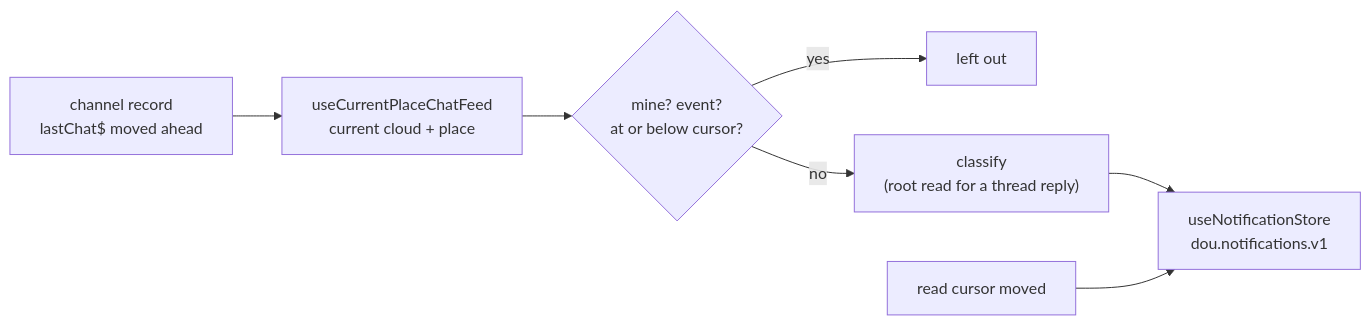
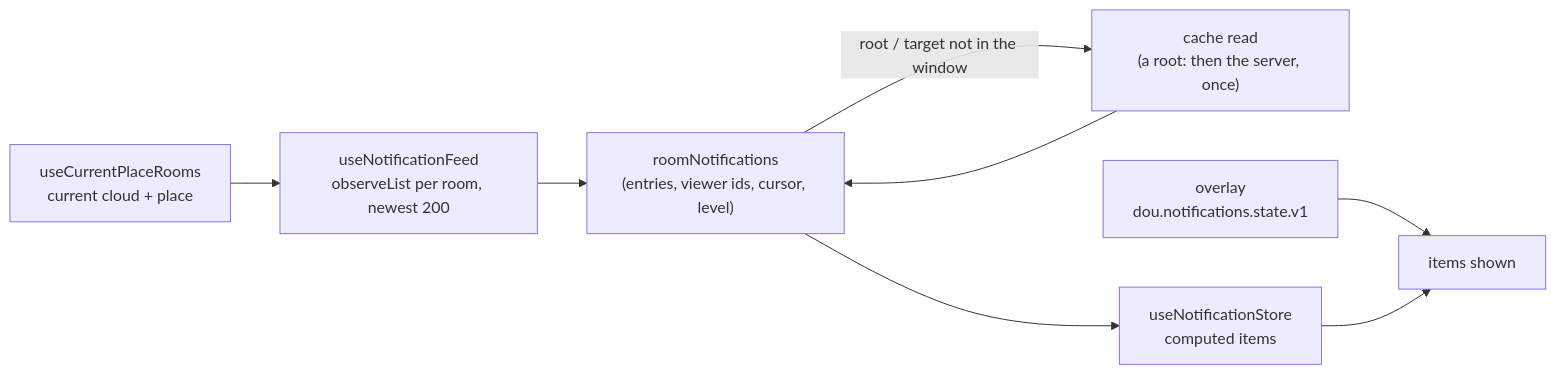
Before and after one commit to lemoncloud-io/dou-app: the diagram in apps/web/docs/feature/notifications/README.md, drawn with Mermaid. The commit also changed other lines of this file and 31 other files, not shown here.

````diff
--- a/apps/web/docs/feature/notifications/README.md
+++ b/apps/web/docs/feature/notifications/README.md
@@ -66,9 +68,10 @@
 ```mermaid
 flowchart LR
-    Rec["channel record<br/>lastChat$ moved ahead"] --> Feed["useCurrentPlaceChatFeed<br/>current cloud + place"]
-    Feed --> Guards{"mine? event?<br/>at or below cursor?"}
-    Guards -- yes --> Drop["left out"]
-    Guards -- no --> Kind["classify<br/>(root read for a thread reply)"]
-    Kind --> Store["useNotificationStore<br/>dou.notifications.v1"]
-    Cursor["read cursor moved"] --> Store
+    Rooms["useCurrentPlaceRooms<br/>current cloud + place"] --> Feed["useNotificationFeed<br/>observeList per room, newest 200"]
+    Feed --> Room["roomNotifications<br/>(entries, viewer ids, cursor, level)"]
+    Room -- "root / target not in the window" --> Read["cache read<br/>(a root: then the server, once)"]
+    Read --> Room
+    Room --> Store["useNotificationStore<br/>computed items"]
+    Overlay["overlay<br/>dou.notifications.state.v1"] --> Items["items shown"]
+    Store --> Items
 ```
````
